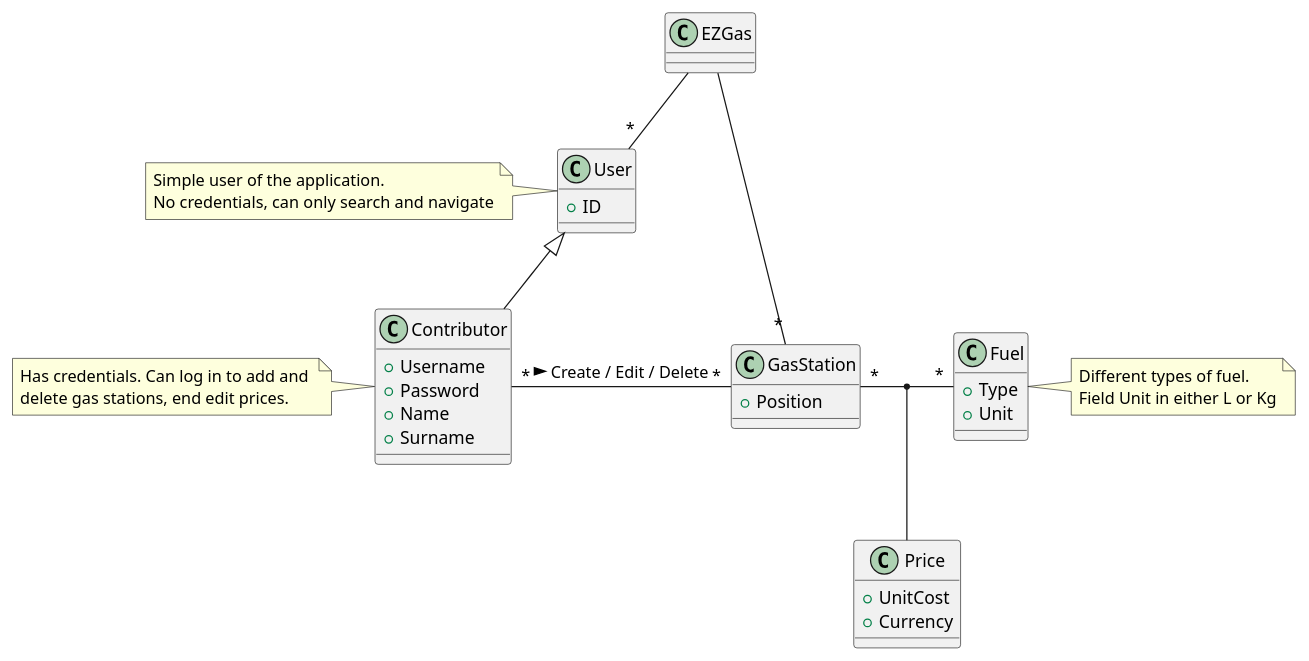
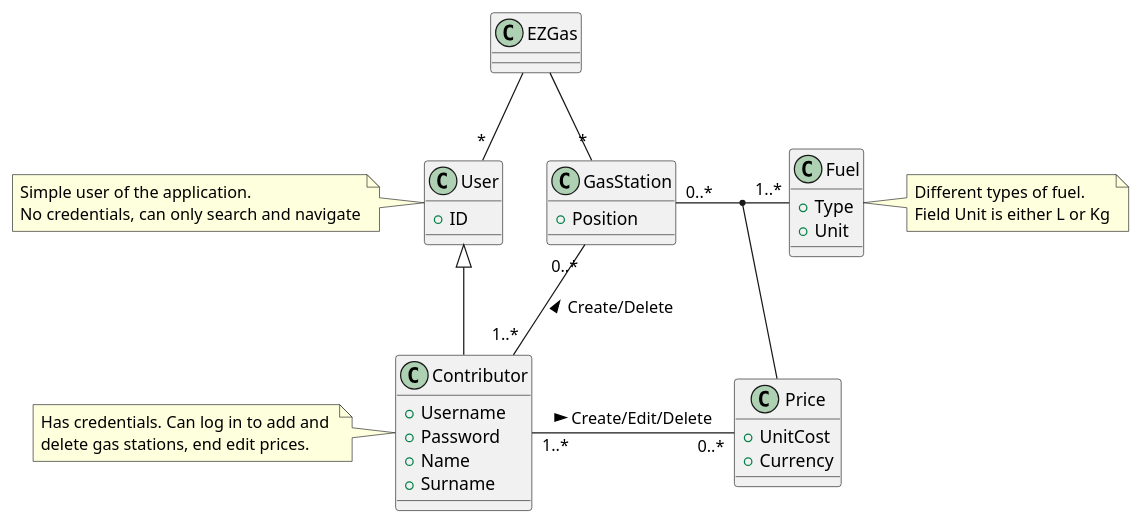
Before and after one commit to SoftengPoliTo/Lab2: the third of 3 diagrams in REQ_s272070.md, drawn with PlantUML.

Commit message:
Fixed glossary layout in requirements document

````diff
--- a/REQ_s272070.md
+++ b/REQ_s272070.md
@@ -205,50 +205,52 @@
 ```plantuml
 @startuml
 class EZGas
-class User {
-  + ID
+together {
+  class User {
+    + ID
+  }
+  class GasStation {
+    + Position
+  }
 }
 class Contributor {
   + Username
   + Password
   + Name
   + Surname
-}
-class GasStation {
-  + Position
 }
 class Fuel {
   + Type
   + Unit
 }
 class Price {
   + UnitCost
   + Currency
 }
 
 note "Simple user of the application. \n\
 No credentials, can only search and navigate" as NUser
 
 note "Has credentials. Can log in to add and \n\
 delete gas stations, end edit prices." as NContributor
 
 note "Different types of fuel.\n\
-Field Unit in either L or Kg" as NFuel
-
+Field Unit is either L or Kg" as NFuel
 
 EZGas -- "*" User
 EZGas -- "*" GasStation
 
 User <|-- Contributor
 NUser . User
 
-Contributor "*" - "*" GasStation : > Create / Edit / Delete
+Contributor "1..*" - "0..*" GasStation : > Create/Delete
 NContributor . Contributor
+Contributor "1..*" - "0..*" Price : > Create/Edit/Delete
 
-GasStation "*" - "*" Fuel
+GasStation "0..*" - "1..*" Fuel
 (GasStation, Fuel) - Price
 
 Fuel . NFuel
 
 @enduml
 ```
````
